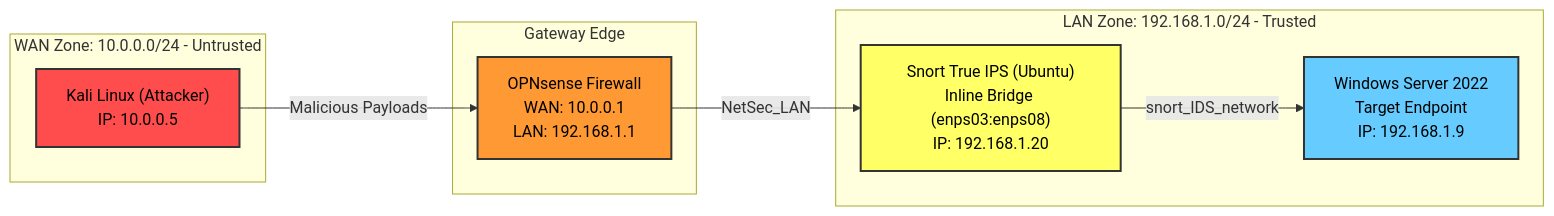
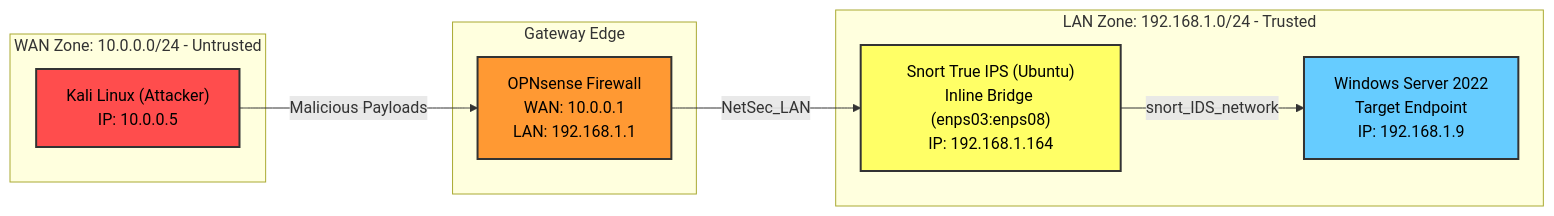
The diagram in README.md (Harisankar-01/Network-Security-Hardening-Lab), drawn with Mermaid before and after one commit.

````diff
--- a/README.md
+++ b/README.md
@@ -20,24 +20,24 @@
 ```mermaid
 flowchart LR
     subgraph WAN [WAN Zone: 10.0.0.0/24 - Untrusted]
         KALI["Kali Linux (Attacker)<br/>IP: 10.0.0.5"]
     end
 
     subgraph Perimeter [Gateway Edge]
         FW["OPNsense Firewall<br/>WAN: 10.0.0.1<br/>LAN: 192.168.1.1"]
     end
 
     subgraph LAN [LAN Zone: 192.168.1.0/24 - Trusted]
-        SNORT["Snort True IPS (Ubuntu)<br/>Inline Bridge (enps03:enps08)<br/>IP: 192.168.1.20"]
+        SNORT["Snort True IPS (Ubuntu)<br/>Inline Bridge (enps03:enps08)<br/>IP: 192.168.1.164"]
         WIN["Windows Server 2022<br/>Target Endpoint<br/>IP: 192.168.1.9"]
     end
 
     KALI -- "Malicious Payloads" --> FW
     FW -- "NetSec_LAN" --> SNORT
     SNORT -- "snort_IDS_network" --> WIN
 
     style KALI fill:#ff4d4d,stroke:#333,stroke-width:2px,color:#000
     style FW fill:#ff9933,stroke:#333,stroke-width:2px,color:#000
     style SNORT fill:#ffff66,stroke:#333,stroke-width:2px,color:#000
     style WIN fill:#66ccff,stroke:#333,stroke-width:2px,color:#000
 ```
````
